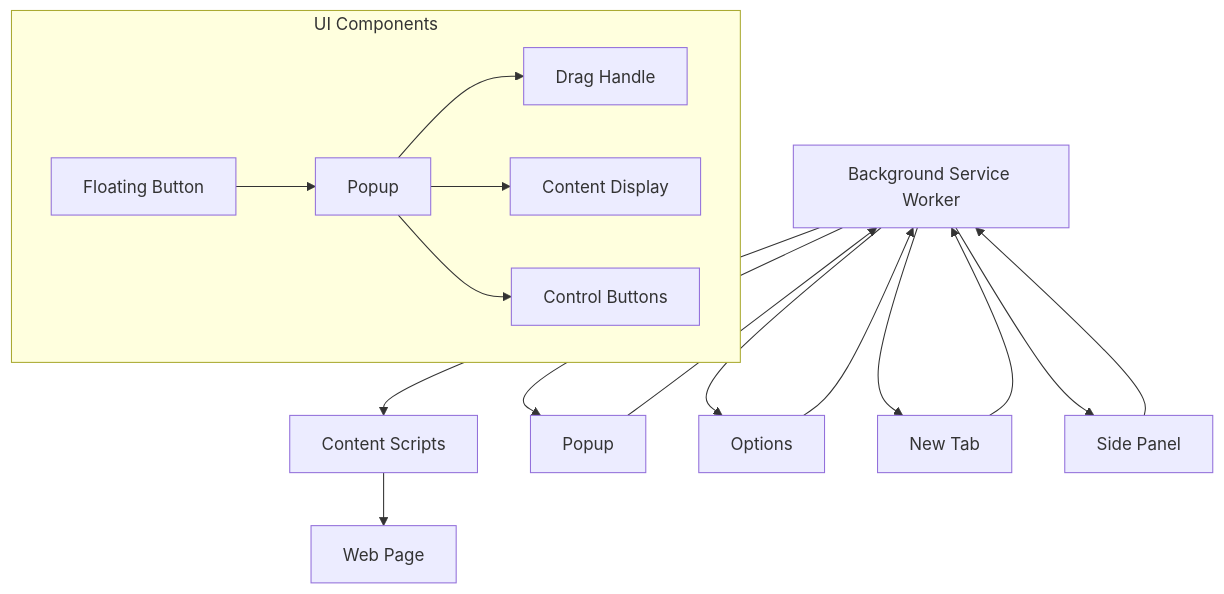
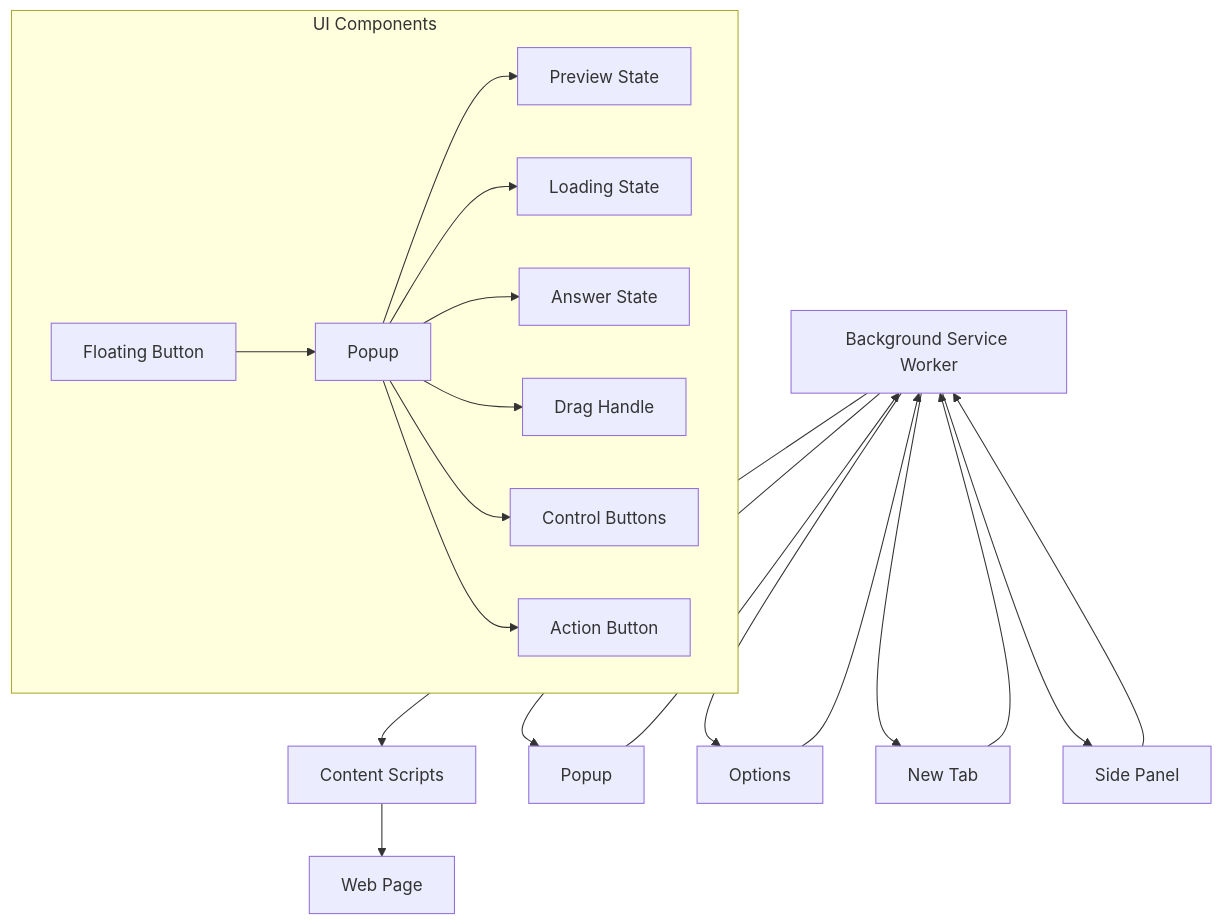
Before and after one commit to denisoed/exara-extension: the diagram in memory-bank/systemPatterns.md, drawn with Mermaid. The commit also changed other lines of this file and 2 other files, not shown here.

````diff
--- a/memory-bank/systemPatterns.md
+++ b/memory-bank/systemPatterns.md
@@ -63,20 +77,23 @@
 ```mermaid
 graph TD
     A[Background Service Worker] --> B[Content Scripts]
     A --> C[Popup]
     A --> D[Options]
     A --> E[New Tab]
     A --> F[Side Panel]
     B --> G[Web Page]
     C --> A
     D --> A
     E --> A
     F --> A
     
     subgraph UI Components
         H[Floating Button] --> I[Popup]
-        I --> J[Drag Handle]
-        I --> K[Content Display]
-        I --> L[Control Buttons]
+        I --> J[Preview State]
+        I --> K[Loading State]
+        I --> L[Answer State]
+        I --> M[Drag Handle]
+        I --> N[Control Buttons]
+        I --> O[Action Button]
     end
 ```
````
